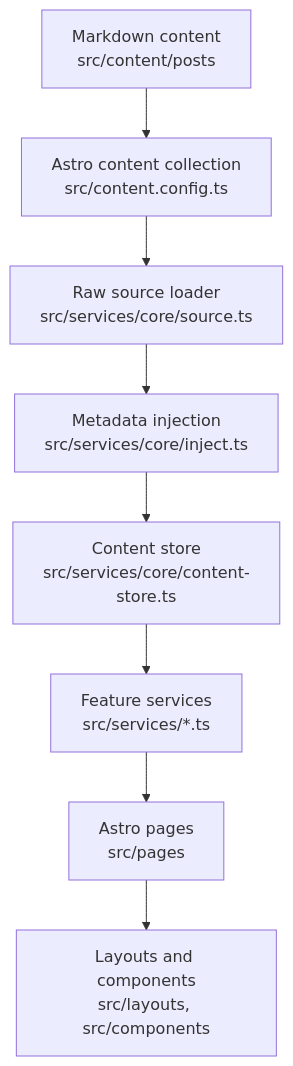
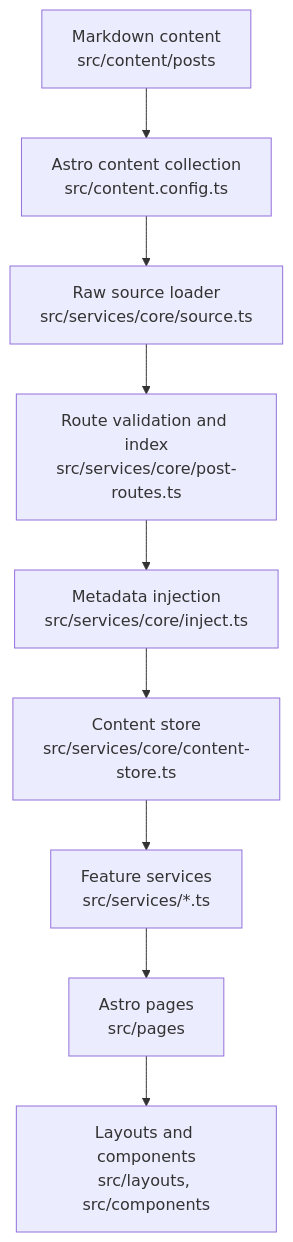
The diagram in docs/agents/project-map.md (whynotsnow/blog), drawn with Mermaid before and after one commit. The commit also changed other lines of this file and 4 other files, not shown here.

Commit message:
fix(content): remove duplicate category page one routes

````diff
--- a/docs/agents/project-map.md
+++ b/docs/agents/project-map.md
@@ -9,10 +9,11 @@
 ```mermaid
 flowchart TD
   A["Markdown content<br/>src/content/posts"] --> B["Astro content collection<br/>src/content.config.ts"]
   B --> C["Raw source loader<br/>src/services/core/source.ts"]
-  C --> D["Metadata injection<br/>src/services/core/inject.ts"]
-  D --> E["Content store<br/>src/services/core/content-store.ts"]
-  E --> F["Feature services<br/>src/services/*.ts"]
-  F --> G["Astro pages<br/>src/pages"]
-  G --> H["Layouts and components<br/>src/layouts, src/components"]
+  C --> D["Route validation and index<br/>src/services/core/post-routes.ts"]
+  D --> E["Metadata injection<br/>src/services/core/inject.ts"]
+  E --> F["Content store<br/>src/services/core/content-store.ts"]
+  F --> G["Feature services<br/>src/services/*.ts"]
+  G --> H["Astro pages<br/>src/pages"]
+  H --> I["Layouts and components<br/>src/layouts, src/components"]
 ```
````
